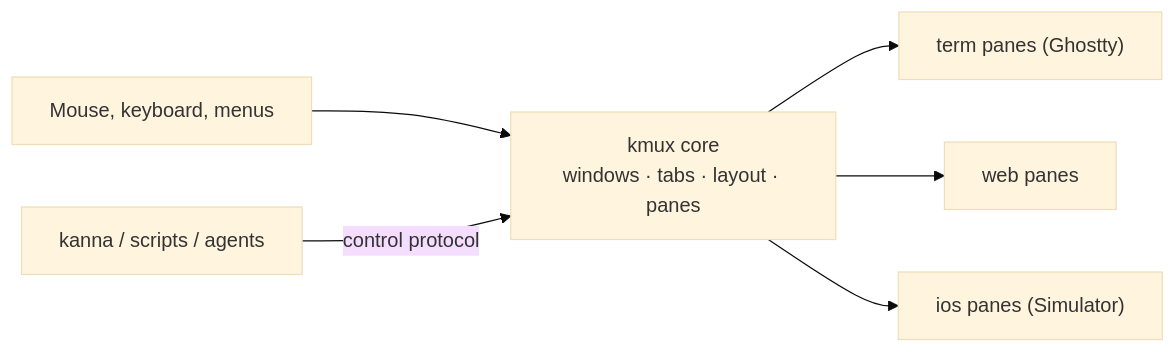
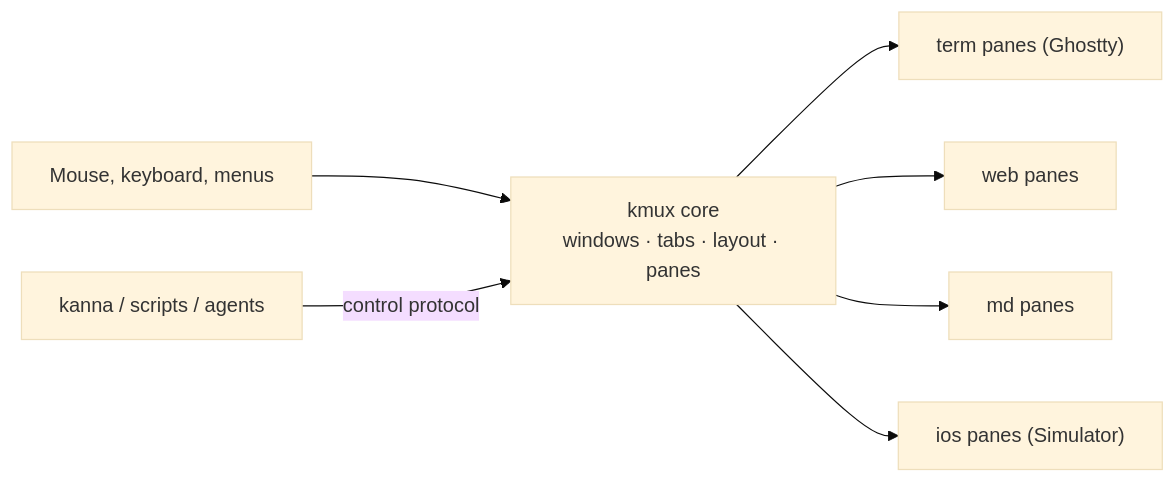
The first of 4 diagrams in docs/kmux-spec.md (tampopogk/kmux), drawn with Mermaid (base theme) before and after one commit. The commit also changed other lines of this file and 4 other files, not shown here.

````diff
--- a/docs/kmux-spec.md
+++ b/docs/kmux-spec.md
@@ -32,8 +32,9 @@
 ```mermaid
 flowchart LR
     H["Mouse, keyboard, menus"] --> CORE["kmux core<br/>windows · tabs · layout · panes"]
     C["kanna / scripts / agents"] -->|"control protocol"| CORE
     CORE --> T["term panes (Ghostty)"]
     CORE --> W["web panes"]
+    CORE --> M["md panes"]
     CORE --> I["ios panes (Simulator)"]
 ```
````
